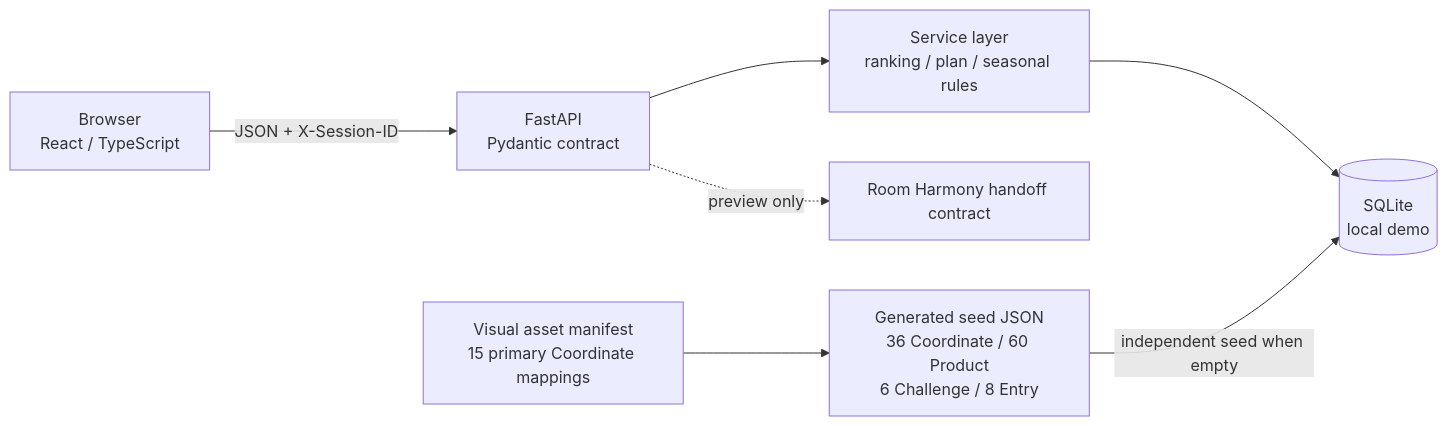
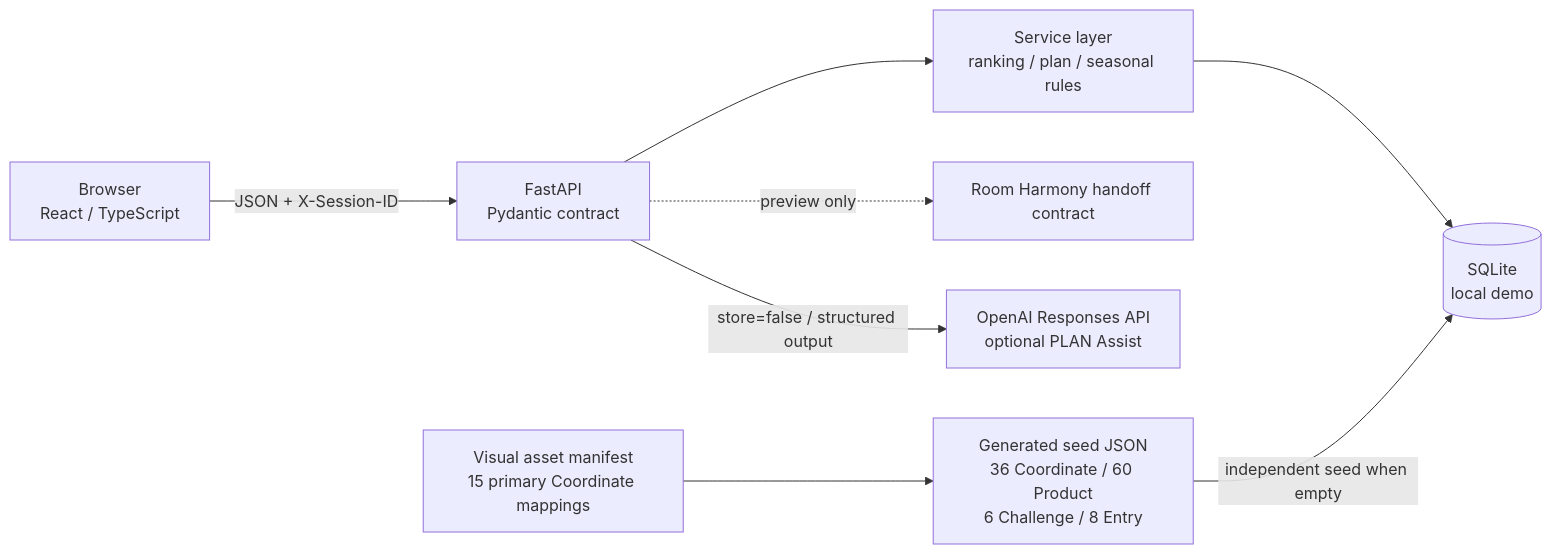
One commit to Raiden-Blade/room-harmony-community changed the diagram in docs/architecture/implementation.md. Above: the diagram before and after it, drawn with Mermaid. The commit also changed other lines of this file and 85 other files, not shown here.

First line of the commit message:
Integrate global discovery and visual AI plan assist (#5)

````diff
--- a/docs/architecture/implementation.md
+++ b/docs/architecture/implementation.md
@@ -5,9 +5,10 @@
 ```mermaid
 flowchart LR
   B[Browser<br/>React / TypeScript] -->|JSON + X-Session-ID| A[FastAPI<br/>Pydantic contract]
   A --> S[Service layer<br/>ranking / plan / seasonal rules]
   S --> D[(SQLite<br/>local demo)]
   G[Generated seed JSON<br/>36 Coordinate / 60 Product<br/>6 Challenge / 8 Entry] -->|independent seed when empty| D
   V[Visual asset manifest<br/>15 primary Coordinate mappings] --> G
   A -. preview only .-> H[Room Harmony handoff contract]
+  A -->|store=false / structured output| O[OpenAI Responses API\noptional PLAN Assist]
 ```
````
